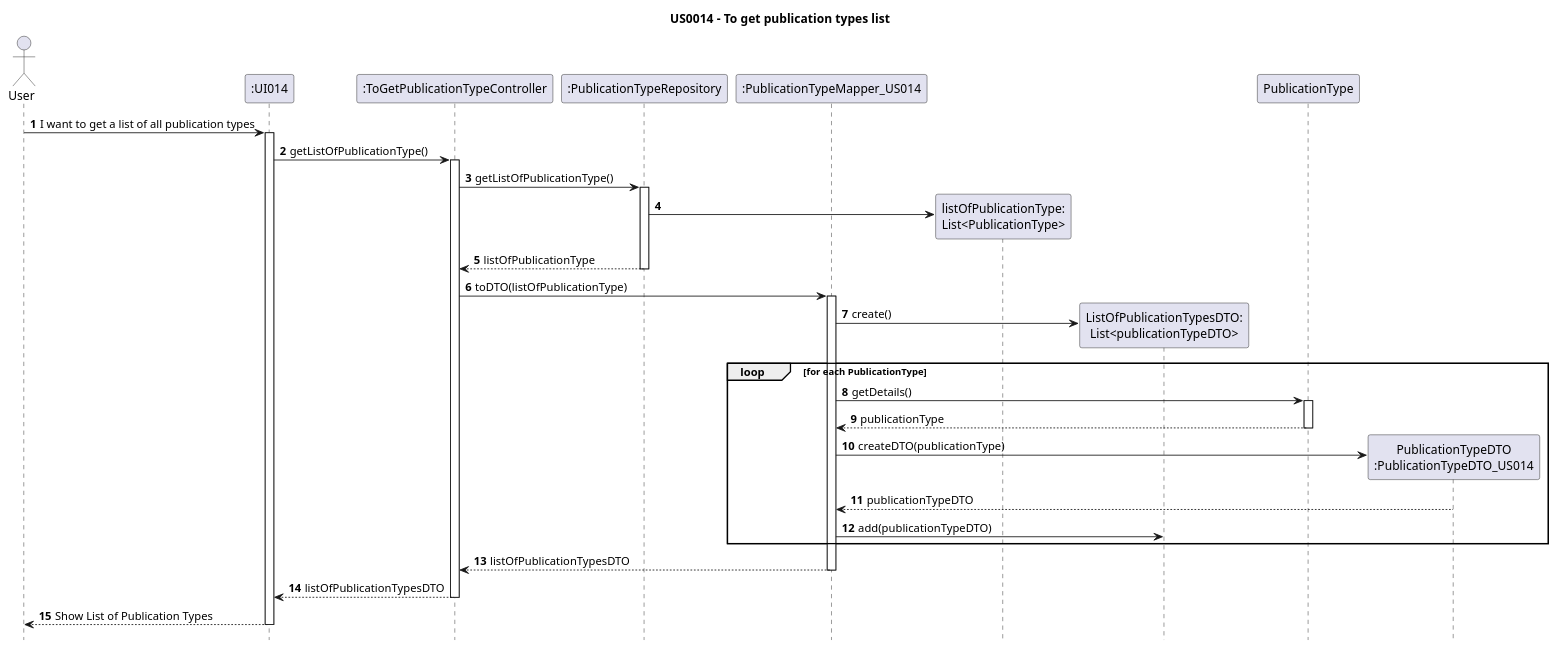
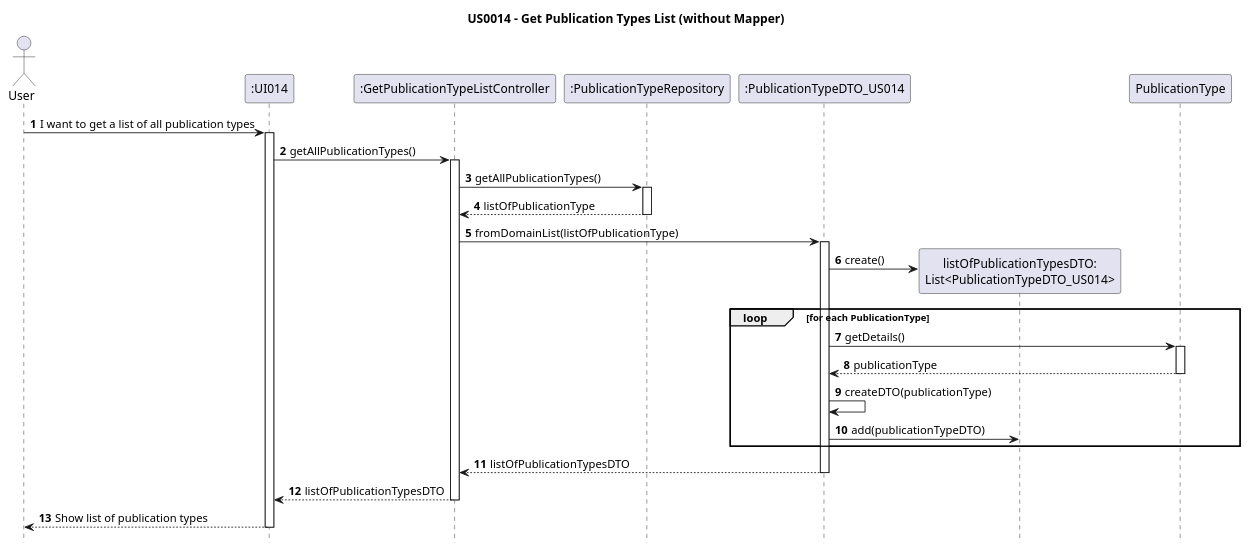
Before and after one commit to AndrePereiraGitH/SWitCH-Project-Team_A: the diagram in Diagrams/SequenceDiagrams/N2/US014-to-get-publication-type-list.puml, drawn with PlantUML. The commit also changed 1 other file, not shown here.

Commit message:
Close #111 #110, Improving diagrams

```diff
--- a/Diagrams/SequenceDiagrams/N2/US014-to-get-publication-type-list.puml
+++ b/Diagrams/SequenceDiagrams/N2/US014-to-get-publication-type-list.puml
@@ -1,52 +1,49 @@
 @startuml
 autonumber
 hide footbox
-title US0014 - To get publication types list
+title US0014 - Get Publication Types List (without Mapper)
 
 actor User
+
 participant ":UI014" as UI
-participant ":ToGetPublicationTypeController" as C
+participant ":GetPublicationTypeListController" as C
 participant ":PublicationTypeRepository" as PTR
-participant ":PublicationTypeMapper_US014" as PTM
+participant ":PublicationTypeDTO_US014" as DTO
 
 User -> UI : I want to get a list of all publication types
 activate UI
 
-UI -> C : getListOfPublicationType()
+UI -> C : getAllPublicationTypes()
 activate C
 
-C -> PTR : getListOfPublicationType()
+C -> PTR : getAllPublicationTypes()
 activate PTR
-create "listOfPublicationType:\nList<PublicationType>" as LOPT
-PTR -> LOPT
 
 PTR --> C : listOfPublicationType
 deactivate PTR
 
-C -> PTM : toDTO(listOfPublicationType)
-activate PTM
+C -> DTO : fromDomainList(listOfPublicationType)
+activate DTO
 
-create "ListOfPublicationTypesDTO:\nList<publicationTypeDTO>" as listDTO
-PTM -> listDTO : create()
-    loop for each PublicationType
-        PTM -> "PublicationType" : getDetails()
-        activate PublicationType
-        PublicationType --> PTM : publicationType
-        deactivate PublicationType
-        create "PublicationTypeDTO\n:PublicationTypeDTO_US014" as PTDTO
-        PTM -> PTDTO : createDTO(publicationType)
-        PTDTO --> PTM : publicationTypeDTO
-        PTM -> listDTO : add(publicationTypeDTO)
-    end
+create "listOfPublicationTypesDTO:\nList<PublicationTypeDTO_US014>" as listDTO
+DTO -> listDTO : create()
 
-PTM --> C :listOfPublicationTypesDTO
-deactivate PTM
+loop for each PublicationType
+    DTO -> "PublicationType" : getDetails()
+    activate PublicationType
+    PublicationType --> DTO : publicationType
+    deactivate PublicationType
+    DTO -> DTO : createDTO(publicationType)
+    DTO -> listDTO : add(publicationTypeDTO)
+end
+
+DTO --> C : listOfPublicationTypesDTO
+deactivate DTO
 
 C --> UI : listOfPublicationTypesDTO
 deactivate C
 
-UI --> User : Show List of Publication Types
+UI --> User : Show list of publication types
 deactivate UI
 
-
 @enduml
```
